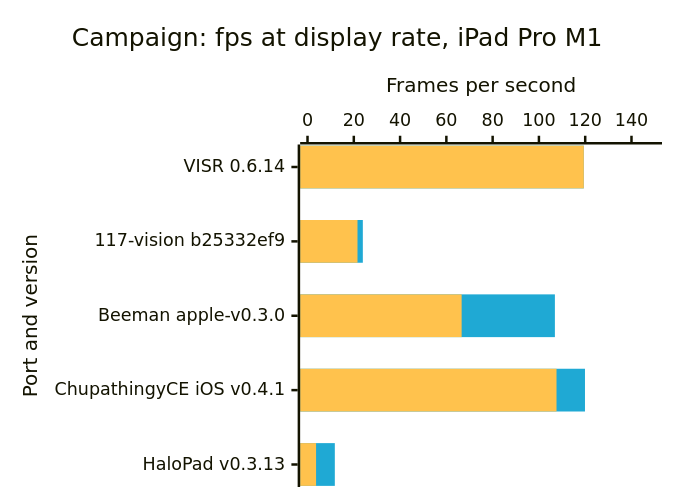
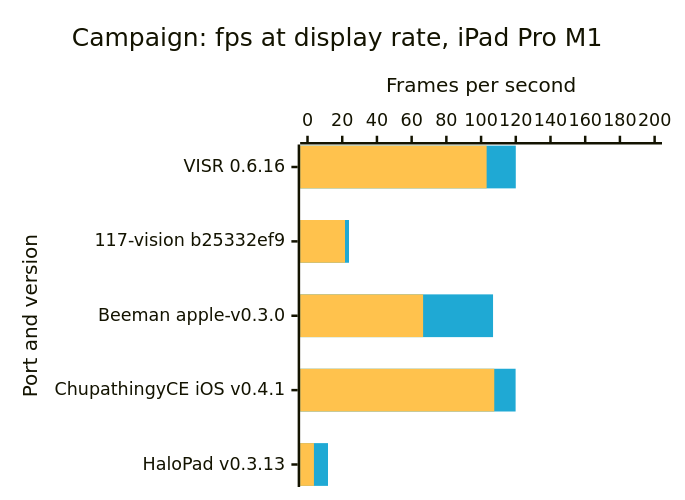
One commit to VISR-CE/visr changed the fourth of 8 diagrams in docs/benchmarks.md. Above: the diagram before and after it, drawn with Mermaid. The commit also changed other lines of this file and 3 other files, not shown here.

First line of the commit message:
📝 docs(benchmarks): add VISR 0.6.16 iPad Pro M1 campaign, opening, and cutscene rows — seven windows from the release build, rows written to the 50-column header with LF endings and the Pages copy byte-identical

````diff
--- a/docs/benchmarks.md
+++ b/docs/benchmarks.md
@@ -108,17 +108,17 @@
 ```mermaid
 ---
 config:
   xyChart:
     width: 520
     height: 380
   themeVariables:
     xyChart:
       plotColorPalette: "#1fa9d4, #ffc24d"
 ---
 xychart-beta horizontal
     title "Campaign: fps at display rate, iPad Pro M1"
-    x-axis "Port and version" ["VISR 0.6.14", "117-vision b25332ef9", "Beeman apple-v0.3.0", "ChupathingyCE iOS v0.4.1", "HaloPad v0.3.13"]
-    y-axis "Frames per second" 0 --> 150
-    bar [119.4, 23.9, 106.9, 119.9, 11.8]
-    bar [119.4, 21.6, 66.6, 107.6, 3.7]
+    x-axis "Port and version" ["VISR 0.6.16", "117-vision b25332ef9", "Beeman apple-v0.3.0", "ChupathingyCE iOS v0.4.1", "HaloPad v0.3.13"]
+    y-axis "Frames per second" 0 --> 200
+    bar [120, 23.9, 106.9, 119.9, 11.8]
+    bar [103.2, 21.6, 66.6, 107.6, 3.7]
 ```
````
